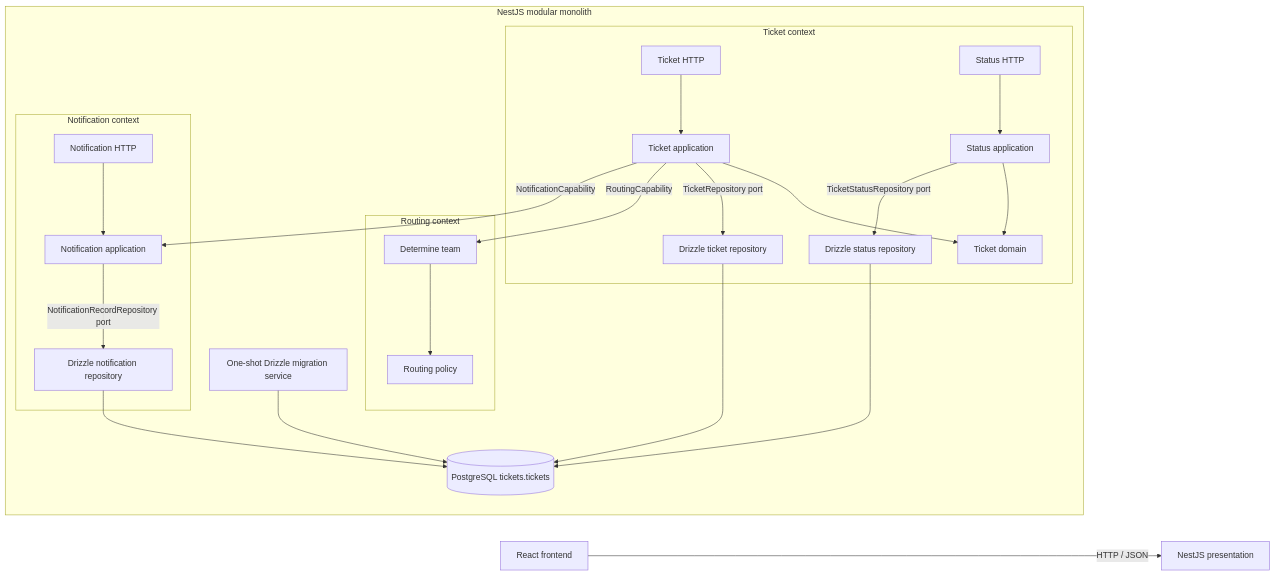
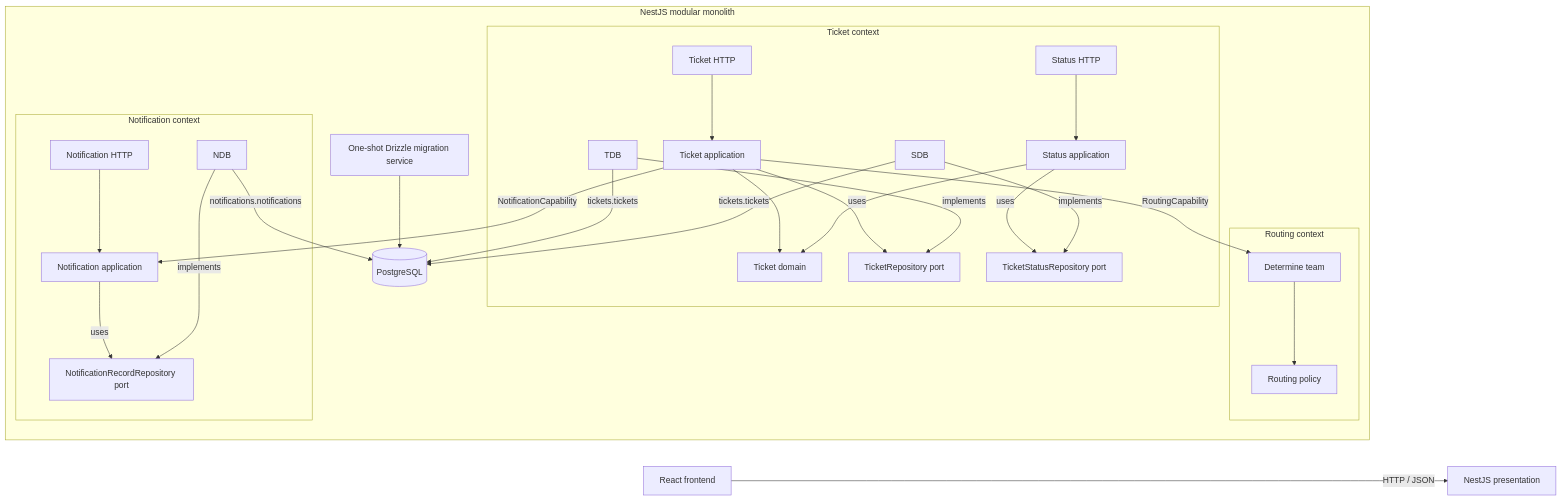
One commit to narinsak-u/support-ticket-management changed the diagram in docs/architecture.md. Above: the diagram before and after it, drawn with Mermaid. The commit also changed 2 other files, not shown here.

Commit message:
docs: clarify repository boundaries and Docker-only tests

````diff
--- a/docs/architecture.md
+++ b/docs/architecture.md
@@ -7,27 +7,30 @@
 ```mermaid
 flowchart LR
   UI[React frontend] -->|HTTP / JSON| HTTP[NestJS presentation]
   subgraph App[NestJS modular monolith]
     subgraph Ticket[Ticket context]
       THTTP[Ticket HTTP] --> TAPP[Ticket application]
       SHTTP[Status HTTP] --> SAPP[Status application]
       TAPP --> TD[Ticket domain]
       SAPP --> TD
-      TAPP -->|TicketRepository port| TDB[Drizzle ticket repository]
-      SAPP -->|TicketStatusRepository port| SDB[Drizzle status repository]
+      TAPP -->|uses| TP[TicketRepository port]
+      TDB -->|implements| TP
+      SAPP -->|uses| SP[TicketStatusRepository port]
+      SDB -->|implements| SP
     end
     subgraph Routing[Routing context]
       RAPP[Determine team] --> RD[Routing policy]
     end
     subgraph Notification[Notification context]
       NHTTP[Notification HTTP] --> NAPP[Notification application]
-      NAPP -->|NotificationRecordRepository port| NDB[Drizzle notification repository]
+      NAPP -->|uses| NP[NotificationRecordRepository port]
+      NDB -->|implements| NP
     end
     TAPP -->|RoutingCapability| RAPP
     TAPP -->|NotificationCapability| NAPP
-    TDB --> DB[(PostgreSQL tickets.tickets)]
-    SDB --> DB
-    NDB --> DB
+    TDB -->|tickets.tickets| DB[(PostgreSQL)]
+    SDB -->|tickets.tickets| DB
+    NDB -->|notifications.notifications| DB
     MIGRATE[One-shot Drizzle migration service] --> DB
   end
 ```
````
